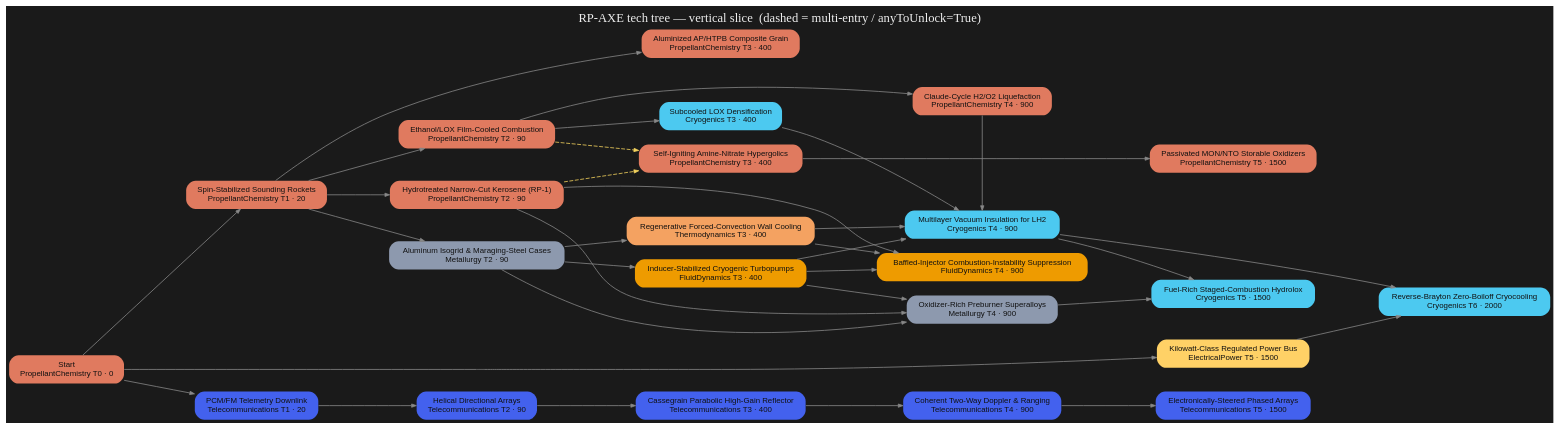
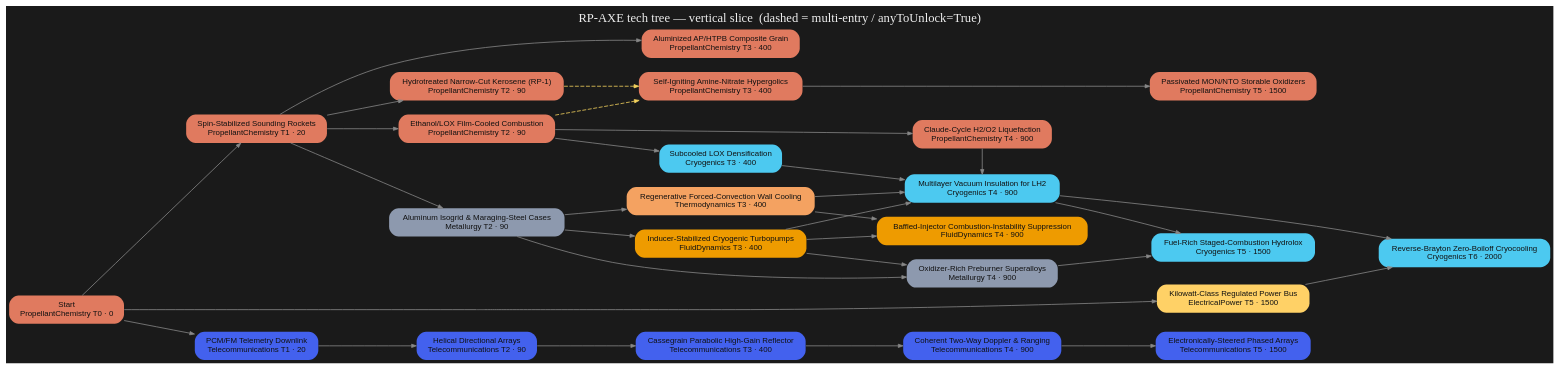
Before and after one commit to miskoltrans/RP-AXE: the diagram in tree/render/axe-tree.dot, drawn with Graphviz. The commit also changed 5 other files, not shown here.

```diff
--- a/tree/render/axe-tree.dot
+++ b/tree/render/axe-tree.dot
@@ -1,69 +1,67 @@
 digraph AXE {
   rankdir=LR; bgcolor="#1a1a1a"; nodesep=0.25; ranksep=1.1;
   node[shape=box,style="filled,rounded",fontname="Helvetica",fontsize=10,color="#00000000"];
   edge[color="#888888",arrowsize=0.6];
   "start" [label="Start\nPropellantChemistry T0 · 0",fillcolor="#e07a5f",fontcolor="#111111"];
   "soundingRocketry" [label="Spin-Stabilized Sounding Rockets\nPropellantChemistry T1 · 20",fillcolor="#e07a5f",fontcolor="#111111"];
   "pc_ethanolLox" [label="Ethanol/LOX Film-Cooled Combustion\nPropellantChemistry T2 · 90",fillcolor="#e07a5f",fontcolor="#111111"];
   "pc_keroseneHydrotreating" [label="Hydrotreated Narrow-Cut Kerosene (RP-1)\nPropellantChemistry T2 · 90",fillcolor="#e07a5f",fontcolor="#111111"];
   "pc_apcpGrain" [label="Aluminized AP/HTPB Composite Grain\nPropellantChemistry T3 · 400",fillcolor="#e07a5f",fontcolor="#111111"];
   "pc_hypergolicChemistry" [label="Self-Igniting Amine-Nitrate Hypergolics\nPropellantChemistry T3 · 400",fillcolor="#e07a5f",fontcolor="#111111"];
   "pc_cryoLiquefaction" [label="Claude-Cycle H2/O2 Liquefaction\nPropellantChemistry T4 · 900",fillcolor="#e07a5f",fontcolor="#111111"];
   "pc_storableOxidizers" [label="Passivated MON/NTO Storable Oxidizers\nPropellantChemistry T5 · 1500",fillcolor="#e07a5f",fontcolor="#111111"];
   "met_earlyAlloys" [label="Aluminum Isogrid & Maraging-Steel Cases\nMetallurgy T2 · 90",fillcolor="#8d99ae",fontcolor="#111111"];
   "met_oxRichSuperalloys" [label="Oxidizer-Rich Preburner Superalloys\nMetallurgy T4 · 900",fillcolor="#8d99ae",fontcolor="#111111"];
   "fd_turbopumps" [label="Inducer-Stabilized Cryogenic Turbopumps\nFluidDynamics T3 · 400",fillcolor="#ee9b00",fontcolor="#111111"];
   "fd_combustionStability" [label="Baffled-Injector Combustion-Instability Suppression\nFluidDynamics T4 · 900",fillcolor="#ee9b00",fontcolor="#111111"];
   "th_regenCooling" [label="Regenerative Forced-Convection Wall Cooling\nThermodynamics T3 · 400",fillcolor="#f4a261",fontcolor="#111111"];
   "cryo_loxHandling" [label="Subcooled LOX Densification\nCryogenics T3 · 400",fillcolor="#4cc9f0",fontcolor="#111111"];
   "cryo_lh2Insulation" [label="Multilayer Vacuum Insulation for LH2\nCryogenics T4 · 900",fillcolor="#4cc9f0",fontcolor="#111111"];
   "cryo_stagedHydrolox" [label="Fuel-Rich Staged-Combustion Hydrolox\nCryogenics T5 · 1500",fillcolor="#4cc9f0",fontcolor="#111111"];
   "cryo_zbo" [label="Reverse-Brayton Zero-Boiloff Cryocooling\nCryogenics T6 · 2000",fillcolor="#4cc9f0",fontcolor="#111111"];
   "tel_pcmTelemetry" [label="PCM/FM Telemetry Downlink\nTelecommunications T1 · 20",fillcolor="#4361ee",fontcolor="#111111"];
   "tel_helicalDirectional" [label="Helical Directional Arrays\nTelecommunications T2 · 90",fillcolor="#4361ee",fontcolor="#111111"];
   "tel_cassegrainHGA" [label="Cassegrain Parabolic High-Gain Reflector\nTelecommunications T3 · 400",fillcolor="#4361ee",fontcolor="#111111"];
   "tel_dsnRanging" [label="Coherent Two-Way Doppler & Ranging\nTelecommunications T4 · 900",fillcolor="#4361ee",fontcolor="#111111"];
   "tel_phasedArray" [label="Electronically-Steered Phased Arrays\nTelecommunications T5 · 1500",fillcolor="#4361ee",fontcolor="#111111"];
   "ext_powerGrid" [label="Kilowatt-Class Regulated Power Bus\nElectricalPower T5 · 1500",fillcolor="#ffd166",fontcolor="#111111"];
   { rank=same; "start" }
   { rank=same; "soundingRocketry" "tel_pcmTelemetry" }
   { rank=same; "pc_ethanolLox" "pc_keroseneHydrotreating" "met_earlyAlloys" "tel_helicalDirectional" }
   { rank=same; "pc_apcpGrain" "pc_hypergolicChemistry" "fd_turbopumps" "th_regenCooling" "cryo_loxHandling" "tel_cassegrainHGA" }
   { rank=same; "pc_cryoLiquefaction" "met_oxRichSuperalloys" "fd_combustionStability" "cryo_lh2Insulation" "tel_dsnRanging" }
   { rank=same; "pc_storableOxidizers" "cryo_stagedHydrolox" "tel_phasedArray" "ext_powerGrid" }
   { rank=same; "cryo_zbo" }
   "start" -> "soundingRocketry" [style=solid];
   "soundingRocketry" -> "pc_ethanolLox" [style=solid];
   "soundingRocketry" -> "pc_keroseneHydrotreating" [style=solid];
   "soundingRocketry" -> "pc_apcpGrain" [style=solid];
   "pc_ethanolLox" -> "pc_hypergolicChemistry" [style=dashed,color="#f4d35e"];
   "pc_keroseneHydrotreating" -> "pc_hypergolicChemistry" [style=dashed,color="#f4d35e"];
   "pc_ethanolLox" -> "pc_cryoLiquefaction" [style=solid];
   "pc_hypergolicChemistry" -> "pc_storableOxidizers" [style=solid];
   "soundingRocketry" -> "met_earlyAlloys" [style=solid];
   "met_earlyAlloys" -> "met_oxRichSuperalloys" [style=solid];
   "fd_turbopumps" -> "met_oxRichSuperalloys" [style=solid];
-  "pc_keroseneHydrotreating" -> "met_oxRichSuperalloys" [style=solid];
   "met_earlyAlloys" -> "fd_turbopumps" [style=solid];
-  "pc_keroseneHydrotreating" -> "fd_combustionStability" [style=solid];
   "fd_turbopumps" -> "fd_combustionStability" [style=solid];
   "th_regenCooling" -> "fd_combustionStability" [style=solid];
   "met_earlyAlloys" -> "th_regenCooling" [style=solid];
   "pc_ethanolLox" -> "cryo_loxHandling" [style=solid];
   "cryo_loxHandling" -> "cryo_lh2Insulation" [style=solid];
   "pc_cryoLiquefaction" -> "cryo_lh2Insulation" [style=solid];
   "fd_turbopumps" -> "cryo_lh2Insulation" [style=solid];
   "th_regenCooling" -> "cryo_lh2Insulation" [style=solid];
   "cryo_lh2Insulation" -> "cryo_stagedHydrolox" [style=solid];
   "met_oxRichSuperalloys" -> "cryo_stagedHydrolox" [style=solid];
   "cryo_lh2Insulation" -> "cryo_zbo" [style=solid];
   "ext_powerGrid" -> "cryo_zbo" [style=solid];
   "start" -> "tel_pcmTelemetry" [style=solid];
   "tel_pcmTelemetry" -> "tel_helicalDirectional" [style=solid];
   "tel_helicalDirectional" -> "tel_cassegrainHGA" [style=solid];
   "tel_cassegrainHGA" -> "tel_dsnRanging" [style=solid];
   "tel_dsnRanging" -> "tel_phasedArray" [style=solid];
   "start" -> "ext_powerGrid" [style=solid];
   labelloc="t"; fontcolor="#eeeeee"; fontsize=16;
   label="RP-AXE tech tree — vertical slice  (dashed = multi-entry / anyToUnlock=True)";
 }
```
